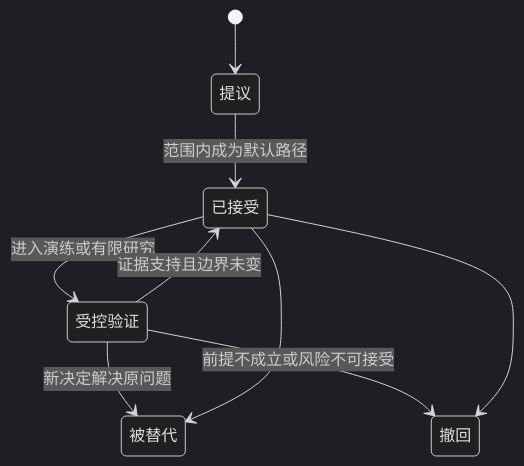
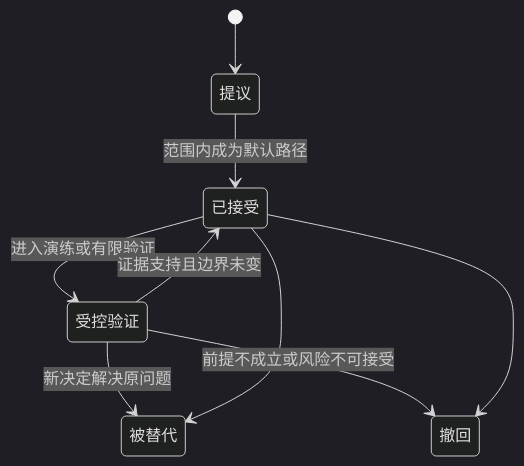
One commit to weiz98417-crypto/qiuqiu changed the first of 3 diagrams in docs/球球全套资料/8.附录/附录J-架构决策记录.md. Above: the diagram before and after it, drawn with Mermaid (dark theme). The commit also changed other lines of this file and 19 other files, not shown here.

````diff
--- a/docs/球球全套资料/8.附录/附录J-架构决策记录.md
+++ b/docs/球球全套资料/8.附录/附录J-架构决策记录.md
@@ -8,11 +21,11 @@
 ```mermaid
 stateDiagram-v2
     [*] --> 提议
     提议 --> 已接受: 范围内成为默认路径
-    已接受 --> 受控验证: 进入演练或有限研究
+    已接受 --> 受控验证: 进入演练或有限验证
     受控验证 --> 已接受: 证据支持且边界未变
     受控验证 --> 被替代: 新决定解决原问题
     受控验证 --> 撤回: 前提不成立或风险不可接受
     已接受 --> 被替代
     已接受 --> 撤回
 ```
````
